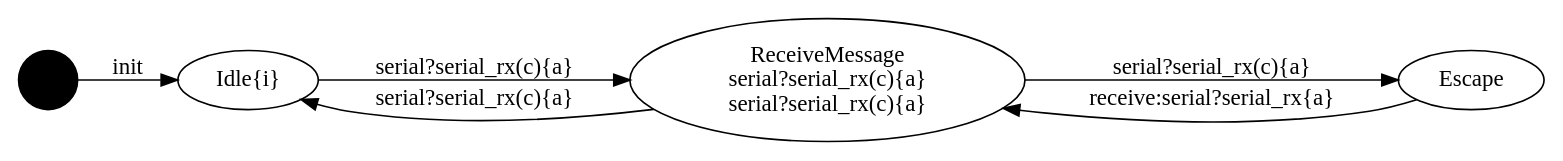
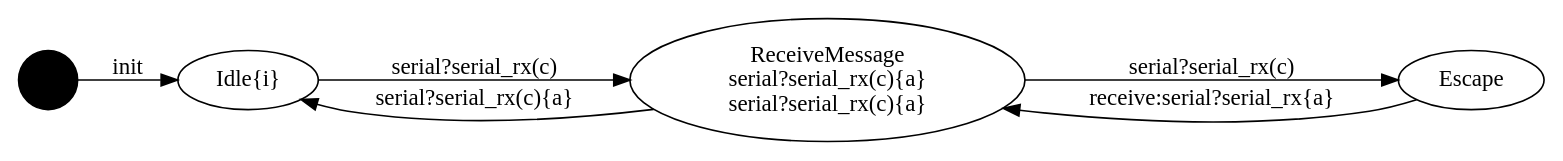
Before and after one commit to brice-morin/ArduPi: the diagram in WeatherStationMongoDB/src/main/rpi/doc/MessageDeserializer_receive.dot, drawn with Graphviz. The commit also changed 19 other files, not shown here.

```diff
--- a/WeatherStationMongoDB/src/main/rpi/doc/MessageDeserializer_receive.dot
+++ b/WeatherStationMongoDB/src/main/rpi/doc/MessageDeserializer_receive.dot
@@ -1,12 +1,12 @@
 digraph finite_state_machine {
 	rankdir=LR;
 	INIT_STATE [shape=circle label = "", style = filled, color = "black"];
 		INIT_STATE -> Idle [label="init"];
 	Idle [label="Idle{i}", shape = ellipse];
-		Idle -> ReceiveMessage [label="serial?serial_rx(c){a}"];
+		Idle -> ReceiveMessage [label="serial?serial_rx(c)"];
 	ReceiveMessage [label="ReceiveMessage\nserial?serial_rx(c){a}\nserial?serial_rx(c){a}", shape = ellipse];
-		ReceiveMessage -> Escape [label="serial?serial_rx(c){a}"];
+		ReceiveMessage -> Escape [label="serial?serial_rx(c)"];
 		ReceiveMessage -> Idle [label="serial?serial_rx(c){a}"];
 	Escape [label="Escape", shape = ellipse];
 		Escape -> ReceiveMessage [label="receive:serial?serial_rx{a}"];
 }
```
